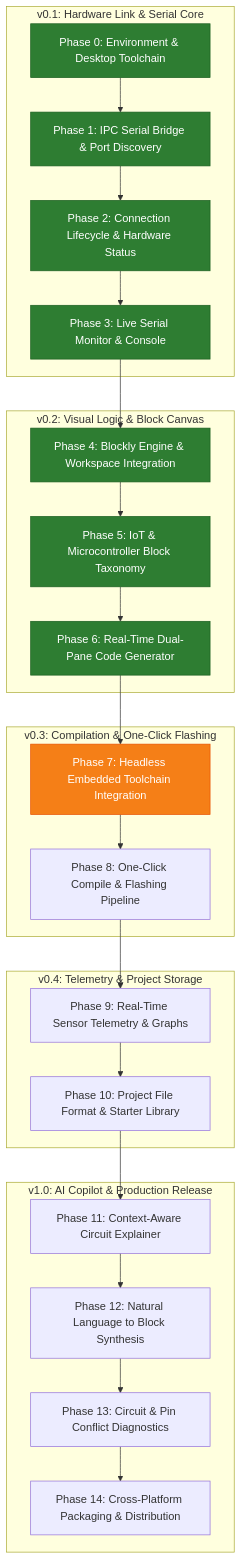
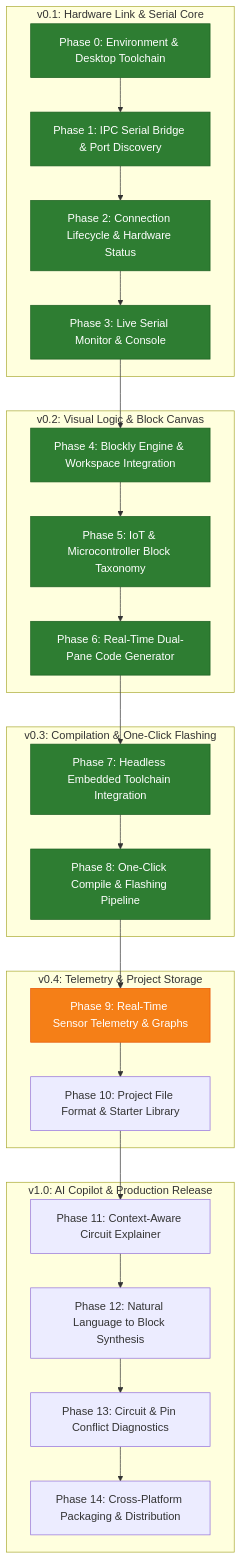
The diagram in ROADMAP.md (dharshbdp/CircuitForge), drawn with Mermaid before and after one commit. The commit also changed other lines of this file and 11 other files, not shown here.

````diff
--- a/ROADMAP.md
+++ b/ROADMAP.md
@@ -38,40 +38,42 @@
 ```mermaid
 graph TD
     subgraph Milestone_0_1 [v0.1: Hardware Link & Serial Core]
         P0[Phase 0: Environment & Desktop Toolchain] --> P1[Phase 1: IPC Serial Bridge & Port Discovery]
         P1 --> P2[Phase 2: Connection Lifecycle & Hardware Status]
         P2 --> P3[Phase 3: Live Serial Monitor & Console]
     end
 
     subgraph Milestone_0_2 [v0.2: Visual Logic & Block Canvas]
         P3 --> P4[Phase 4: Blockly Engine & Workspace Integration]
         P4 --> P5[Phase 5: IoT & Microcontroller Block Taxonomy]
         P5 --> P6[Phase 6: Real-Time Dual-Pane Code Generator]
     end
 
     subgraph Milestone_0_3 [v0.3: Compilation & One-Click Flashing]
         P6 --> P7[Phase 7: Headless Embedded Toolchain Integration]
         P7 --> P8[Phase 8: One-Click Compile & Flashing Pipeline]
     end
 
     subgraph Milestone_0_4 [v0.4: Telemetry & Project Storage]
         P8 --> P9[Phase 9: Real-Time Sensor Telemetry & Graphs]
         P9 --> P10[Phase 10: Project File Format & Starter Library]
     end
 
     subgraph Milestone_1_0 [v1.0: AI Copilot & Production Release]
         P10 --> P11[Phase 11: Context-Aware Circuit Explainer]
         P11 --> P12[Phase 12: Natural Language to Block Synthesis]
         P12 --> P13[Phase 13: Circuit & Pin Conflict Diagnostics]
         P13 --> P14[Phase 14: Cross-Platform Packaging & Distribution]
     end
 
     style P0 fill:#2e7d32,stroke:#1b5e20,color:#fff
     style P1 fill:#2e7d32,stroke:#1b5e20,color:#fff
     style P2 fill:#2e7d32,stroke:#1b5e20,color:#fff
     style P3 fill:#2e7d32,stroke:#1b5e20,color:#fff
     style P4 fill:#2e7d32,stroke:#1b5e20,color:#fff
     style P5 fill:#2e7d32,stroke:#1b5e20,color:#fff
     style P6 fill:#2e7d32,stroke:#1b5e20,color:#fff
-    style P7 fill:#f57f17,stroke:#e65100,color:#fff
+    style P7 fill:#2e7d32,stroke:#1b5e20,color:#fff
+    style P8 fill:#2e7d32,stroke:#1b5e20,color:#fff
+    style P9 fill:#f57f17,stroke:#e65100,color:#fff
 ```
````
